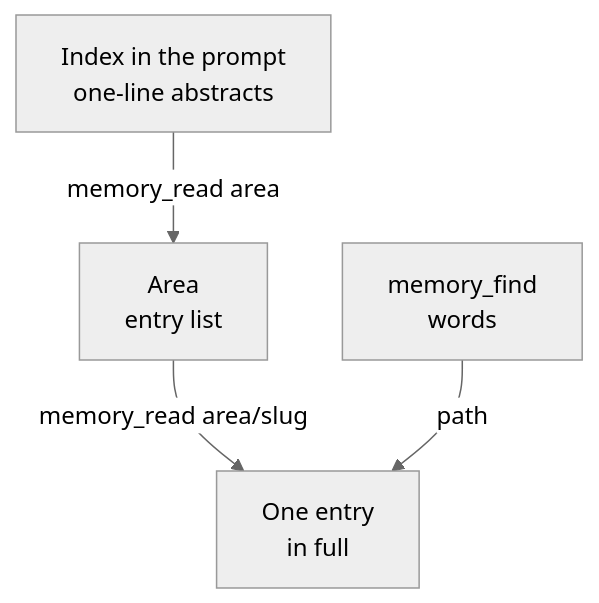
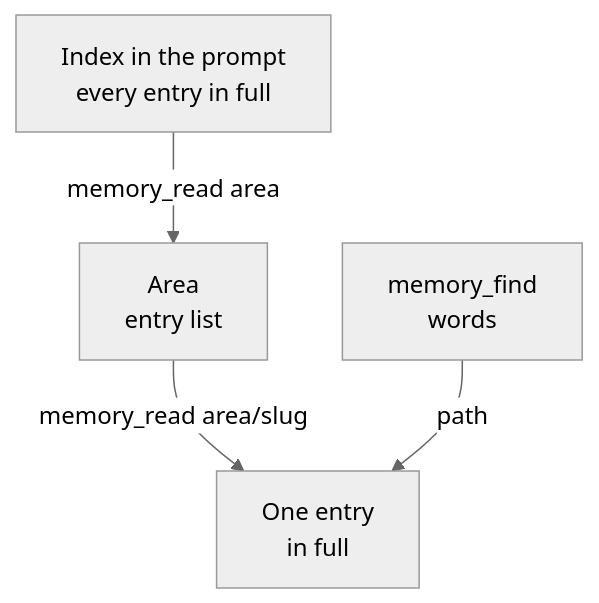
The first of 2 diagrams in docs/src/content/docs/how-it-works/memory.md (KrishBhimani/nod), drawn with Mermaid (neutral theme) before and after one commit. The commit also changed other lines of this file and 12 other files, not shown here.

Commit message:
fix: show every memory in full, use the full chat width and tighten digests (#266)

````diff
--- a/docs/src/content/docs/how-it-works/memory.md
+++ b/docs/src/content/docs/how-it-works/memory.md
@@ -34,10 +34,10 @@
 ```mermaid
 flowchart TD
-  l0["Index in the prompt<br/>one-line abstracts"]:::accent
+  l0["Index in the prompt<br/>every entry in full"]:::accent
   l1["Area<br/>entry list"]
   l2["One entry<br/>in full"]
   find[memory_find<br/>words]:::muted
   l0 -- memory_read area --> l1
   l1 -- memory_read area/slug --> l2
   find -- path --> l2
 ```
````
